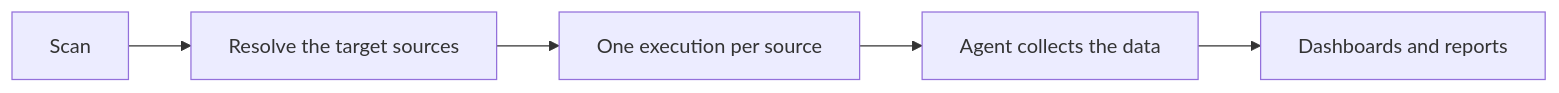
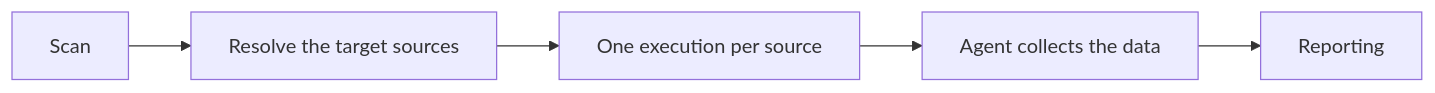
The diagram in docs/accessanalyzer/26.1/scans/index.md (netwrix/docs), drawn with Mermaid before and after one commit. The commit also changed other lines of this file and 58 other files, not shown here.

First line of the commit message:
docs(accessanalyzer): replace the 26.1 dashboards and reports pages with Reporting

````diff
--- a/docs/accessanalyzer/26.1/scans/index.md
+++ b/docs/accessanalyzer/26.1/scans/index.md
@@ -17,7 +17,7 @@
 ```mermaid
 flowchart LR
     A[Scan] --> B[Resolve the target sources]
     B --> C[One execution per source]
     C --> D[Agent collects the data]
-    D --> E[Dashboards and reports]
+    D --> E[Reporting]
 ```
````
